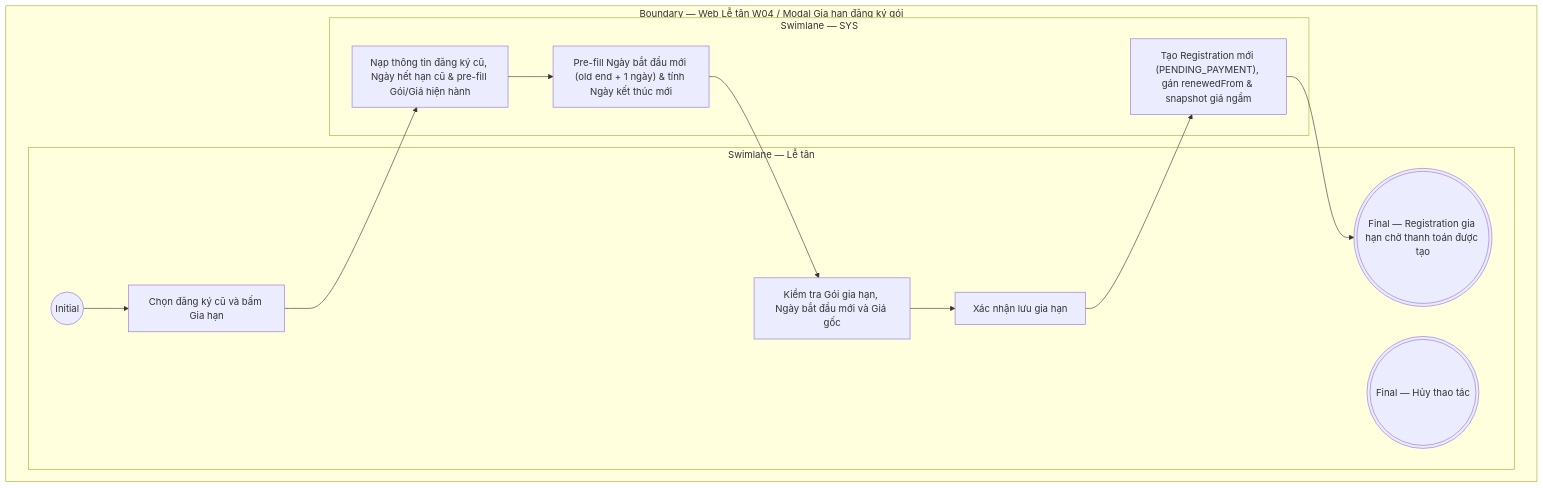
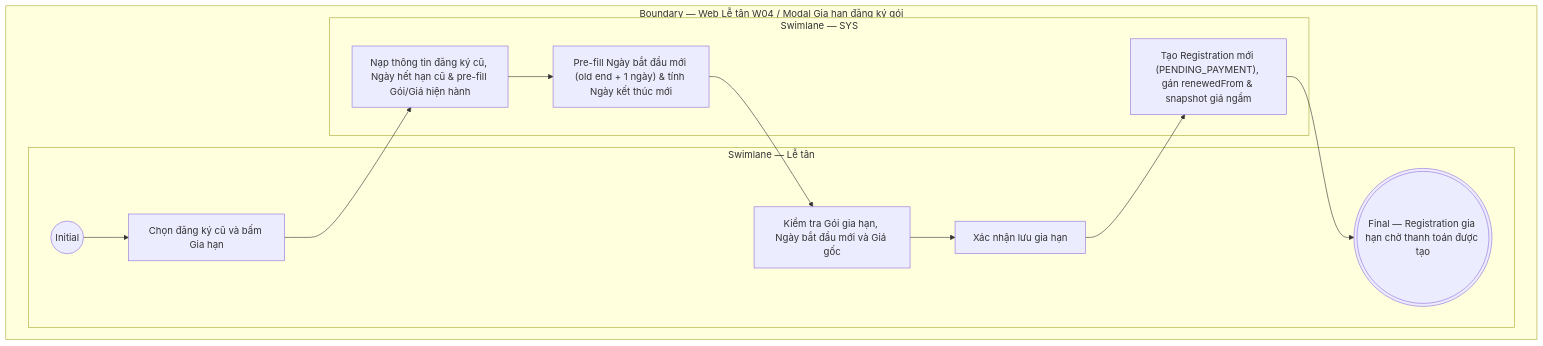
Before and after one commit to ThachY-23120411/Paradise-Gym-v2: the diagram in docs/user-stories/le-tan/LT-W04-Đăng ký & gia hạn/LT-W04-US02-Gia hạn đăng ký gói.md, drawn with Mermaid. The commit also changed 5 other files, not shown here.

````diff
--- a/docs/user-stories/le-tan/LT-W04-Đăng ký & gia hạn/LT-W04-US02-Gia hạn đăng ký gói.md
+++ b/docs/user-stories/le-tan/LT-W04-Đăng ký & gia hạn/LT-W04-US02-Gia hạn đăng ký gói.md
@@ -54,22 +54,21 @@
 ```mermaid
 flowchart TB
   subgraph B["Boundary — Web Lễ tân W04 / Modal Gia hạn đăng ký gói"]
     subgraph L0["Swimlane — Lễ tân"]
       I01(("Initial"))
       A01["Chọn đăng ký cũ và bấm Gia hạn"]
       A02["Kiểm tra Gói gia hạn, Ngày bắt đầu mới và Giá gốc"]
       A03["Xác nhận lưu gia hạn"]
       F01((("Final — Registration gia hạn chờ thanh toán được tạo")))
-      F02((("Final — Hủy thao tác")))
       I01 --> A01
       A02 --> A03
     end
     subgraph L1["Swimlane — SYS"]
       S01["Nạp thông tin đăng ký cũ, Ngày hết hạn cũ & pre-fill Gói/Giá hiện hành"]
       S02["Pre-fill Ngày bắt đầu mới (old end + 1 ngày) & tính Ngày kết thúc mới"]
       S03["Tạo Registration mới (PENDING_PAYMENT), gán renewedFrom & snapshot giá ngầm"]
       A01 --> S01 --> S02 --> A02
       A03 --> S03 --> F01
     end
   end
 ```
````
